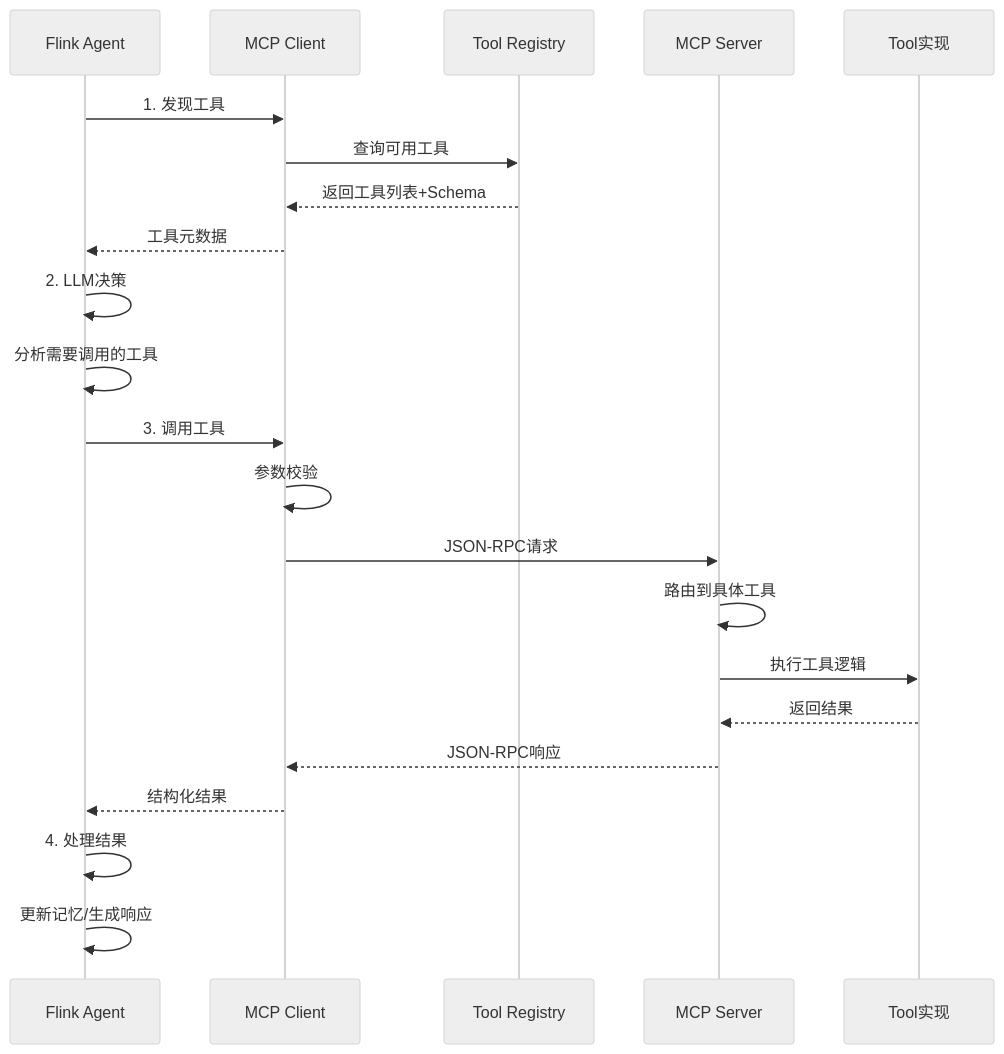
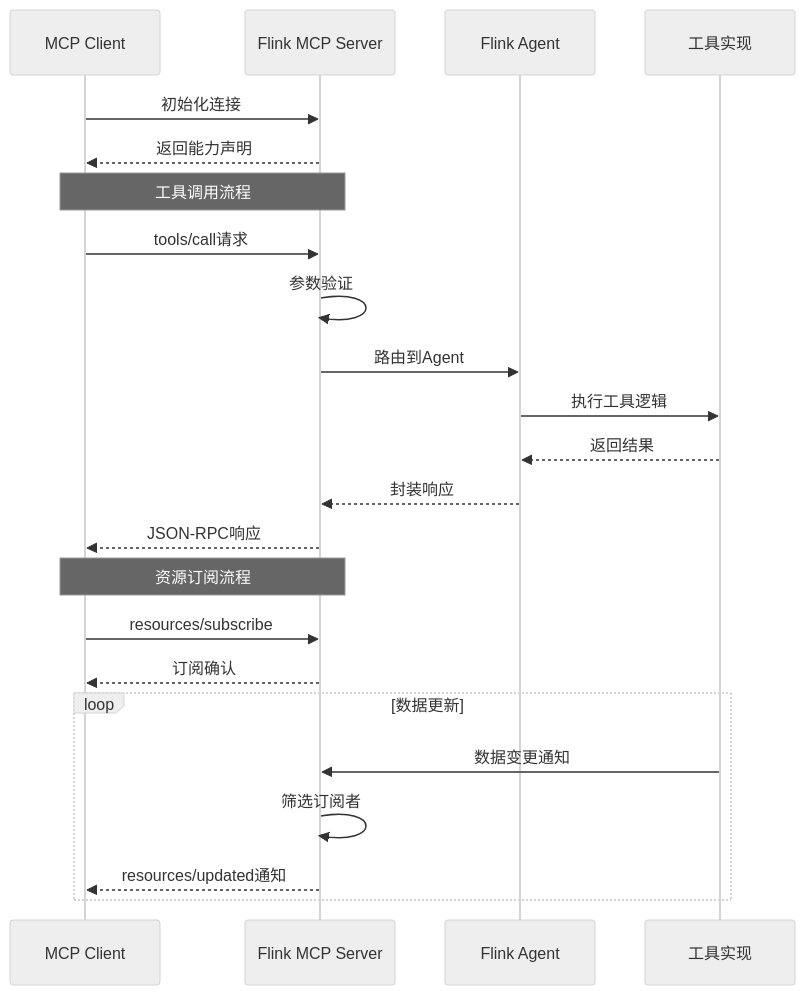
The fifth of 7 diagrams in Flink/06-ai-ml/flip-531-ai-agents-ga-guide.md (AdaMartin18010/AnalysisDataFlow), drawn with Mermaid (neutral theme) before and after one commit. The commit also changed other lines of this file and 202 other files, not shown here.

````diff
--- a/Flink/06-ai-ml/flip-531-ai-agents-ga-guide.md
+++ b/Flink/06-ai-ml/flip-531-ai-agents-ga-guide.md
@@ -2113,28 +1155,28 @@
 ```mermaid
 sequenceDiagram
+    participant Client as MCP Client
+    participant Server as Flink MCP Server
     participant Agent as Flink Agent
-    participant MCPClient as MCP Client
-    participant Registry as Tool Registry
-    participant MCPServer as MCP Server
-    participant Tool as Tool实现
+    participant Tools as 工具实现
 
-    Agent->>MCPClient: 1. 发现工具
-    MCPClient->>Registry: 查询可用工具
-    Registry-->>MCPClient: 返回工具列表+Schema
-    MCPClient-->>Agent: 工具元数据
+    Client->>Server: 初始化连接
+    Server-->>Client: 返回能力声明
 
-    Agent->>Agent: 2. LLM决策
-    Agent->>Agent: 分析需要调用的工具
+    Note over Client,Server: 工具调用流程
+    Client->>Server: tools/call请求
+    Server->>Server: 参数验证
+    Server->>Agent: 路由到Agent
+    Agent->>Tools: 执行工具逻辑
+    Tools-->>Agent: 返回结果
+    Agent-->>Server: 封装响应
+    Server-->>Client: JSON-RPC响应
 
-    Agent->>MCPClient: 3. 调用工具
-    MCPClient->>MCPClient: 参数校验
-    MCPClient->>MCPServer: JSON-RPC请求
-    MCPServer->>MCPServer: 路由到具体工具
-    MCPServer->>Tool: 执行工具逻辑
-    Tool-->>MCPServer: 返回结果
-    MCPServer-->>MCPClient: JSON-RPC响应
-    MCPClient-->>Agent: 结构化结果
-
-    Agent->>Agent: 4. 处理结果
-    Agent->>Agent: 更新记忆/生成响应
+    Note over Client,Server: 资源订阅流程
+    Client->>Server: resources/subscribe
+    Server-->>Client: 订阅确认
+    loop 数据更新
+        Tools->>Server: 数据变更通知
+        Server->>Server: 筛选订阅者
+        Server-->>Client: resources/updated通知
+    end
 ```
````
